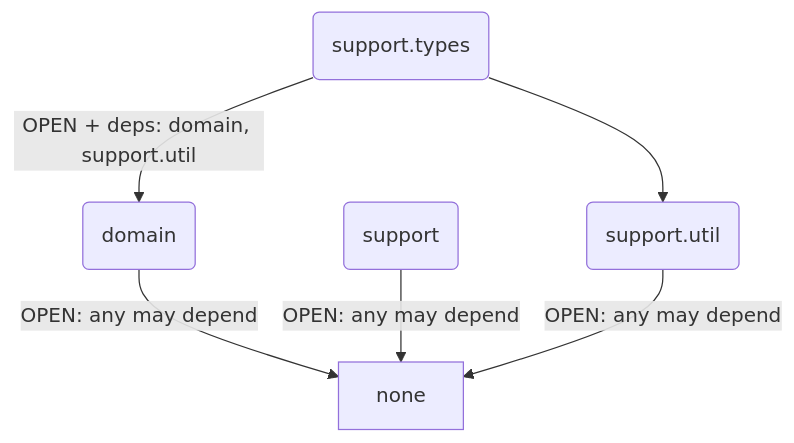
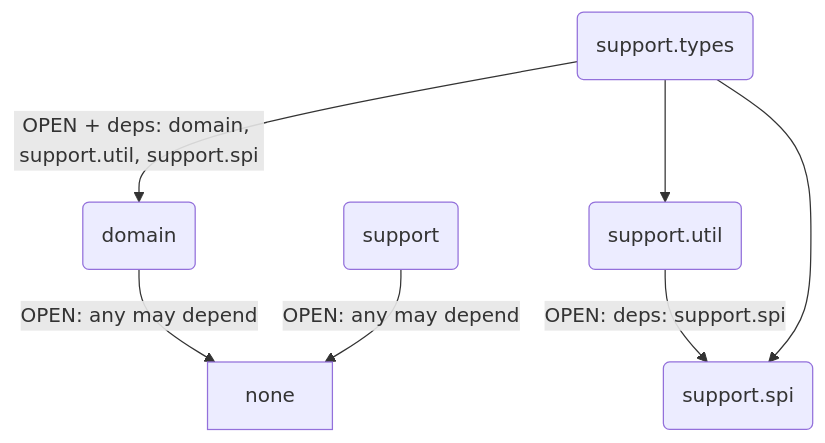
The diagram in CONTEXT.md (kingkh1995/SODA), drawn with Mermaid before and after one commit. The commit also changed other lines of this file and 23 other files, not shown here.

````diff
--- a/CONTEXT.md
+++ b/CONTEXT.md
@@ -12,8 +12,9 @@
 ```mermaid
 graph TD
     domain(domain) -->|OPEN: any may depend| none
     support(support) -->|OPEN: any may depend| none
-    util(support.util) -->|OPEN: any may depend| none
-    types(support.types) -->|OPEN + deps: domain, support.util| domain
+    util(support.util) -->|OPEN: deps: support.spi| spi(support.spi)
+    types(support.types) -->|OPEN + deps: domain, support.util, support.spi| domain
     types --> util
+    types --> spi
 ```
````
